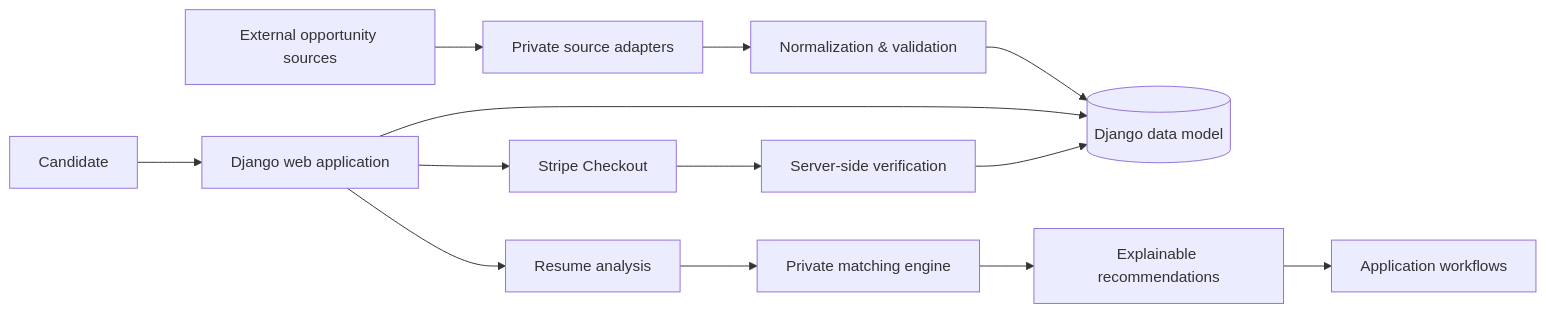
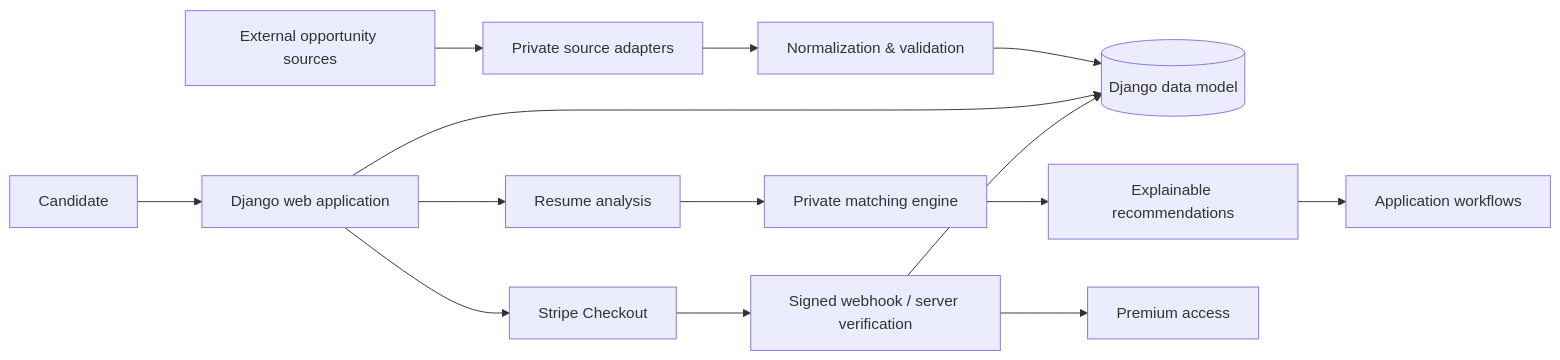
One commit to AshwinThakoor/jobhunt-mu changed the diagram in README.md. Above: the diagram before and after it, drawn with Mermaid. The commit also changed other lines of this file, not shown here.

````diff
--- a/README.md
+++ b/README.md
@@ -60,17 +90,18 @@
 ```mermaid
 flowchart LR
     S[External opportunity sources] --> A[Private source adapters]
     A --> N[Normalization & validation]
     N --> D[(Django data model)]
 
     U[Candidate] --> W[Django web application]
     W --> D
     W --> C[Resume analysis]
     C --> M[Private matching engine]
     M --> R[Explainable recommendations]
     R --> P[Application workflows]
 
     W --> X[Stripe Checkout]
-    X --> H[Server-side verification]
+    X --> H[Signed webhook / server verification]
     H --> D
+    H --> Q[Premium access]
 ```
````
